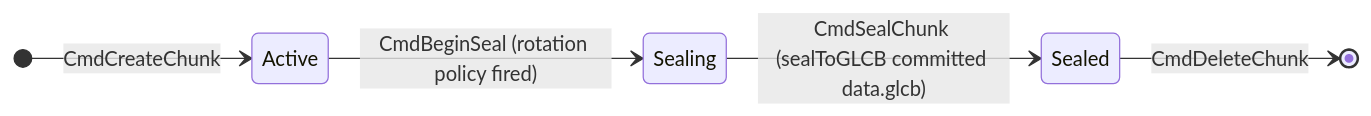
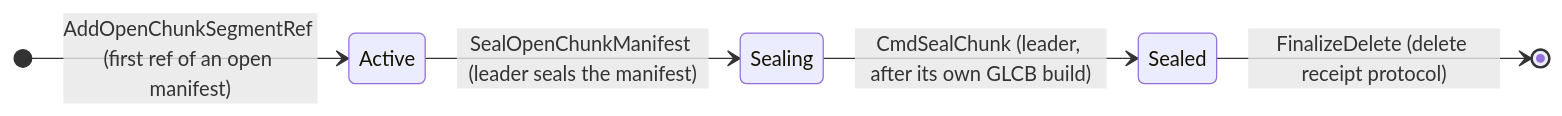
The second of 3 diagrams in docs/vault-control-plane-architecture.md (kluzzebass/gastrolog), drawn with Mermaid before and after one commit. The commit also changed other lines of this file, not shown here.

First line of the commit message:
docs: describe the current vault control plane and pipeline chunk lifecycle

````diff
--- a/docs/vault-control-plane-architecture.md
+++ b/docs/vault-control-plane-architecture.md
@@ -174,8 +172,8 @@
 ```mermaid
 stateDiagram-v2
   direction LR
-  [*] --> Active: CmdCreateChunk
-  Active --> Sealing: CmdBeginSeal (rotation policy fired)
-  Sealing --> Sealed: CmdSealChunk (sealToGLCB committed data.glcb)
-  Sealed --> [*]: CmdDeleteChunk
+  [*] --> Active: AddOpenChunkSegmentRef (first ref of an open manifest)
+  Active --> Sealing: SealOpenChunkManifest (leader seals the manifest)
+  Sealing --> Sealed: CmdSealChunk (leader, after its own GLCB build)
+  Sealed --> [*]: FinalizeDelete (delete receipt protocol)
 ```
````
